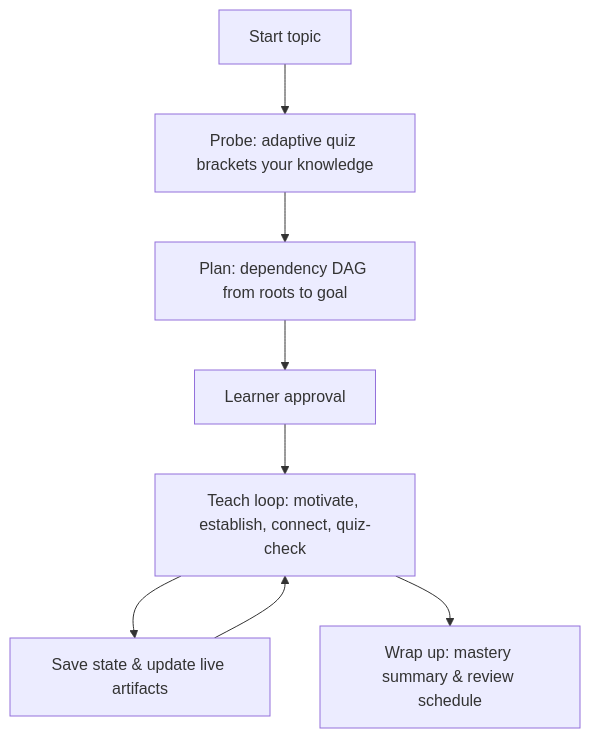
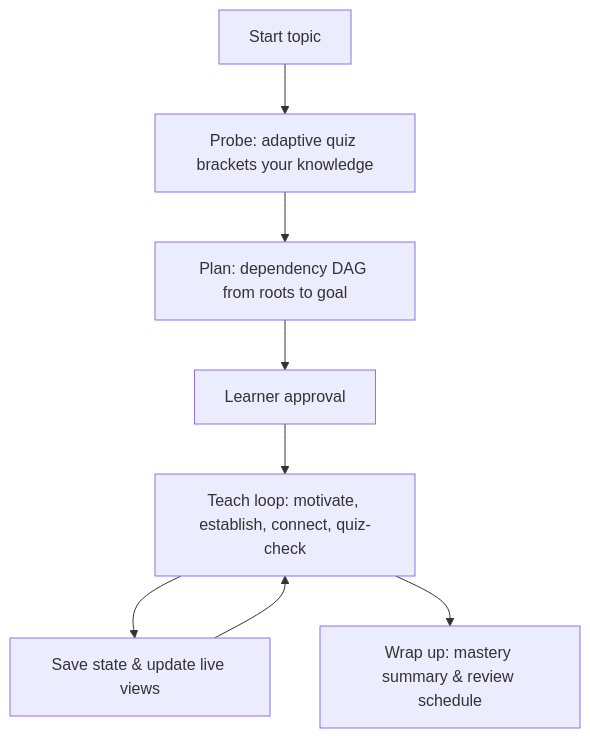
One commit to webdev-testa/learnwithagy changed the diagram in README.md. Above: the diagram before and after it, drawn with Mermaid. The commit also changed other lines of this file and 7 other files, not shown here.

````diff
--- a/README.md
+++ b/README.md
@@ -55,10 +73,10 @@
 ```mermaid
 flowchart TD
   A["Start topic"] --> B["Probe: adaptive quiz brackets your knowledge"]
   B --> C["Plan: dependency DAG from roots to goal"]
   C --> D["Learner approval"]
   D --> E["Teach loop: motivate, establish, connect, quiz-check"]
-  E --> F["Save state & update live artifacts"]
+  E --> F["Save state & update live views"]
   F --> E
   E --> G["Wrap up: mastery summary & review schedule"]
 ```
````
